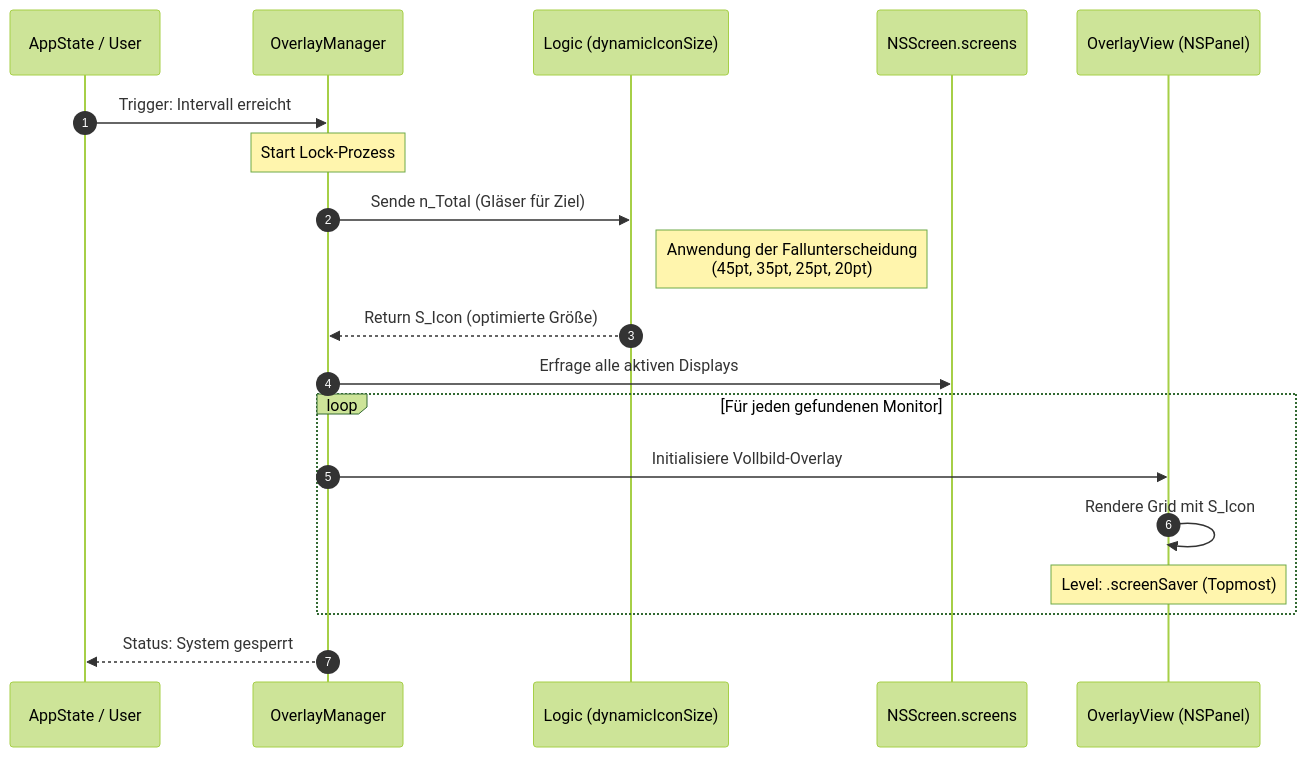
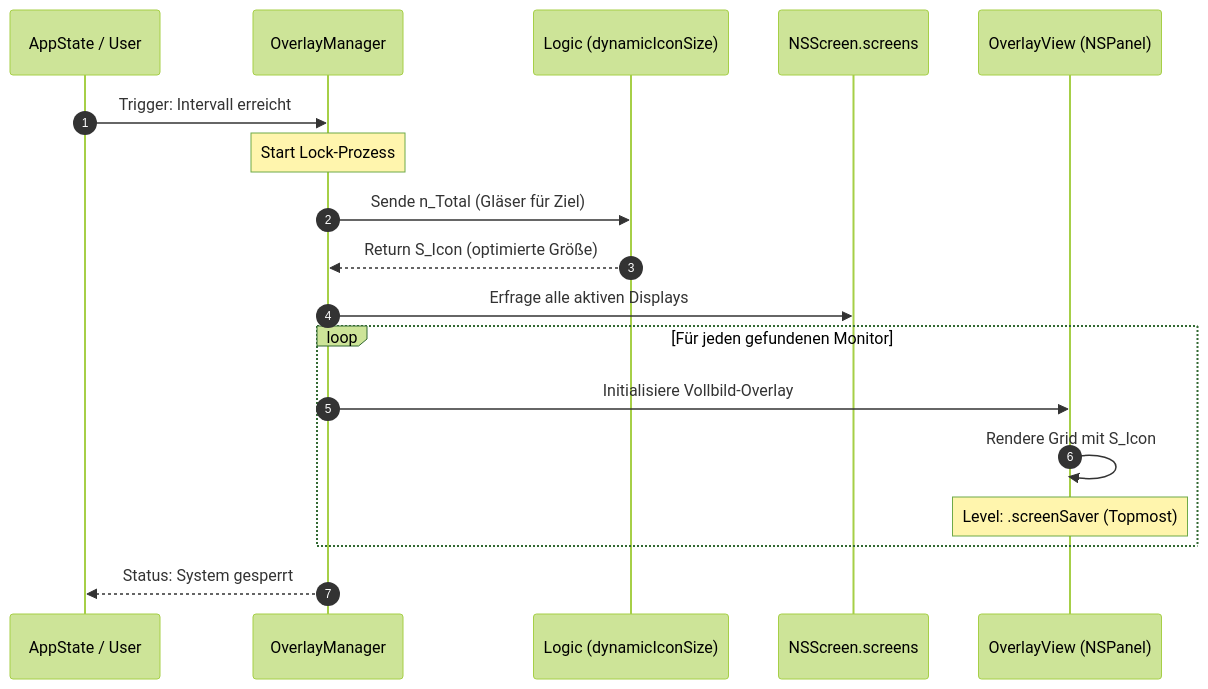
One commit to dodo377/HydrationFreeze2.0 changed the first of 3 diagrams in HydrationFreeze/PFLICHTENHEFT.md. Above: the diagram before and after it, drawn with Mermaid (forest theme). The commit also changed other lines of this file and 3 other files, not shown here.

````diff
--- a/HydrationFreeze/PFLICHTENHEFT.md
+++ b/HydrationFreeze/PFLICHTENHEFT.md
@@ -54,26 +56,25 @@
 ```mermaid
 sequenceDiagram
     autonumber
     participant App as AppState / User
     participant OM as OverlayManager
     participant Calc as Logic (dynamicIconSize)
     participant NS as NSScreen.screens
     participant UI as OverlayView (NSPanel)
 
     App->>OM: Trigger: Intervall erreicht
     Note over OM: Start Lock-Prozess
 
     OM->>Calc: Sende n_Total (Gläser für Ziel)
-    Note right of Calc: Anwendung der Fallunterscheidung<br/>(45pt, 35pt, 25pt, 20pt)
     Calc-->>OM: Return S_Icon (optimierte Größe)
 
     OM->>NS: Erfrage alle aktiven Displays
 
     loop Für jeden gefundenen Monitor
         OM->>UI: Initialisiere Vollbild-Overlay
         UI->>UI: Rendere Grid mit S_Icon
         Note over UI: Level: .screenSaver (Topmost)
     end
 
-OM-->>App: Status: System gesperrt
+    OM-->>App: Status: System gesperrt
 ```
````
